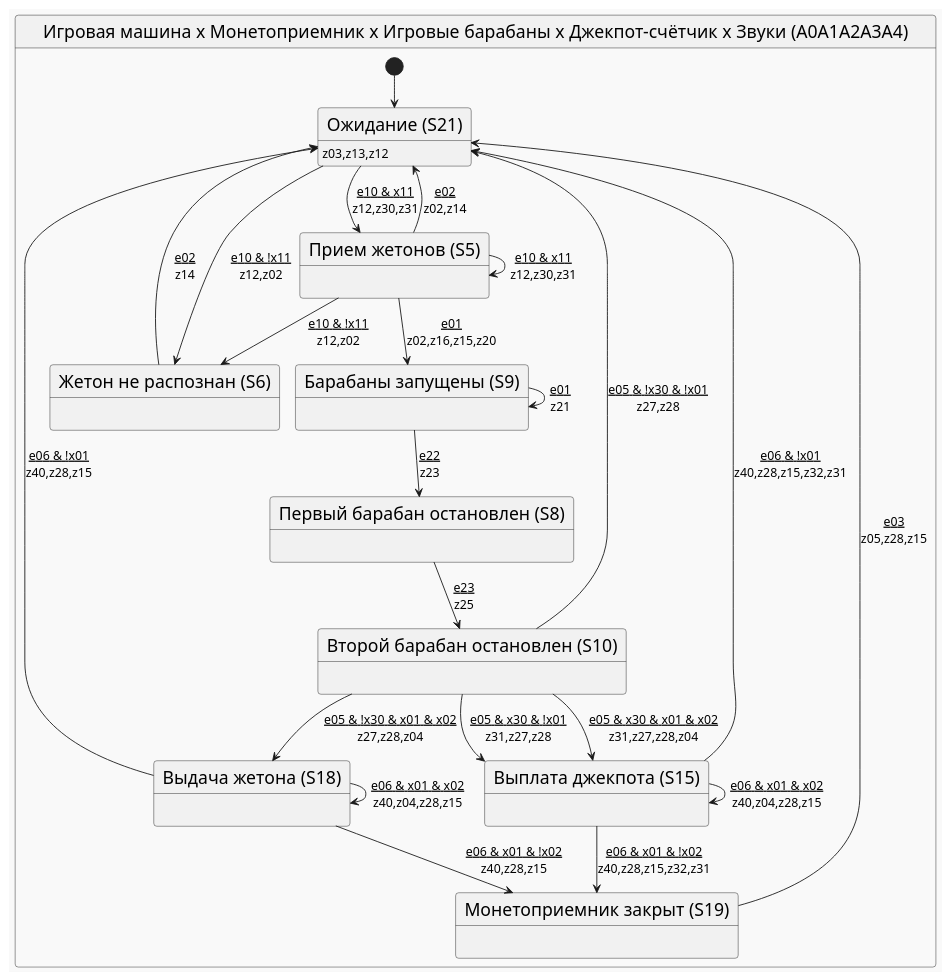
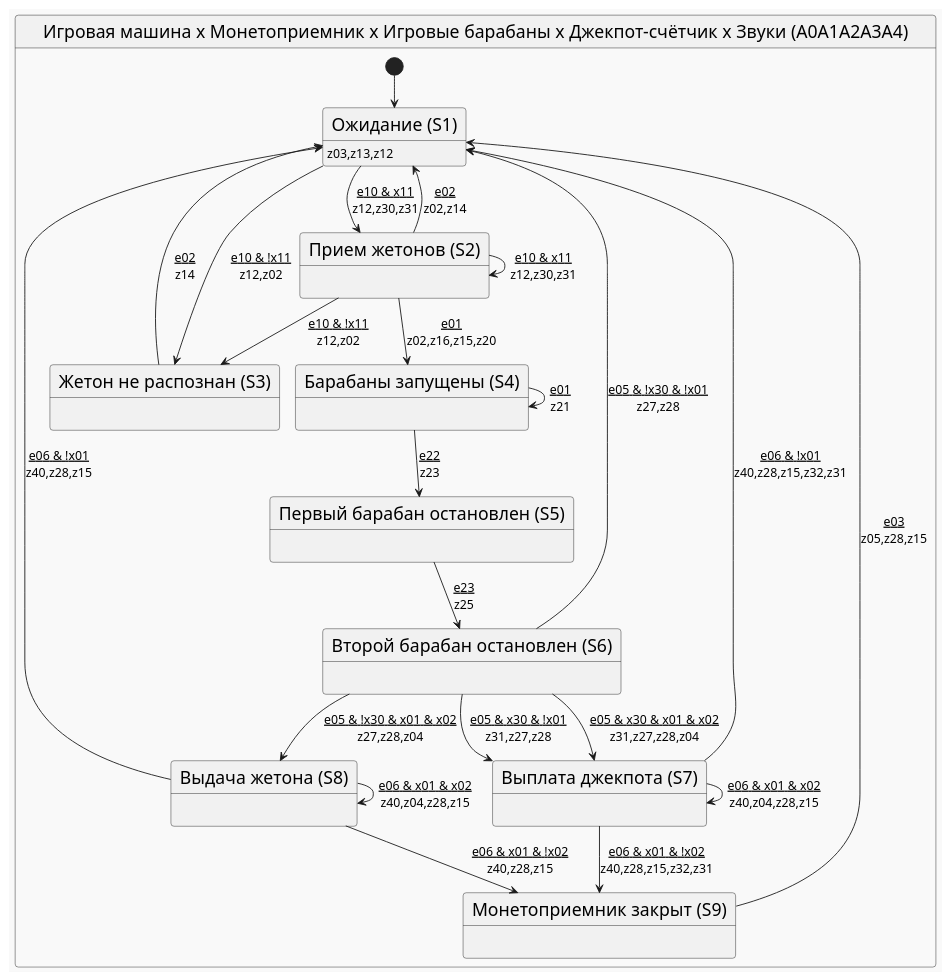
Before and after one commit to PhoenixNazarov/fsm-multiply: the diagram in articles/multiply_many_nested/puml/final.puml, drawn with PlantUML. The commit also changed 10 other files, not shown here.

```diff
--- a/articles/multiply_many_nested/puml/final.puml
+++ b/articles/multiply_many_nested/puml/final.puml
@@ -1,38 +1,38 @@
 @startuml
 !theme mars
 skinparam stateFontSize 20
 skinparam arrowFontSize 14
 state "Игровая машина x Монетоприемник x Игровые барабаны x Джекпот-счётчик x Звуки (A0A1A2A3A4)" as A0A1A2A3A4 {
     [*] --> A0A1A2A3A421
-    state "Ожидание (S21)" as A0A1A2A3A421 : <size:14>z03,z13,z12
-    state "Прием жетонов (S5)" as A0A1A2A3A45 : 
-    state "Жетон не распознан (S6)" as A0A1A2A3A46 : 
-    state "Барабаны запущены (S9)" as A0A1A2A3A49 : 
-    state "Первый барабан остановлен (S8)" as A0A1A2A3A48 : 
-    state "Второй барабан остановлен (S10)" as A0A1A2A3A410 : 
-    state "Выплата джекпота (S15)" as A0A1A2A3A415 : 
-    state "Выдача жетона (S18)" as A0A1A2A3A418 : 
-    state "Монетоприемник закрыт (S19)" as A0A1A2A3A419 : 
+    state "Ожидание (S1)" as A0A1A2A3A421 : <size:14>z03,z13,z12
+    state "Прием жетонов (S2)" as A0A1A2A3A45 : 
+    state "Жетон не распознан (S3)" as A0A1A2A3A46 : 
+    state "Барабаны запущены (S4)" as A0A1A2A3A49 : 
+    state "Первый барабан остановлен (S5)" as A0A1A2A3A48 : 
+    state "Второй барабан остановлен (S6)" as A0A1A2A3A410 : 
+    state "Выплата джекпота (S7)" as A0A1A2A3A415 : 
+    state "Выдача жетона (S8)" as A0A1A2A3A418 : 
+    state "Монетоприемник закрыт (S9)" as A0A1A2A3A419 : 
     A0A1A2A3A421 --> A0A1A2A3A45 : <u>e10 & x11\nz12,z30,z31
     A0A1A2A3A421 --> A0A1A2A3A46 : <u>e10 & !x11\nz12,z02
     A0A1A2A3A45 --> A0A1A2A3A421 : <u>e02\nz02,z14
     A0A1A2A3A45 --> A0A1A2A3A49 : <u>e01\nz02,z16,z15,z20
     A0A1A2A3A45 --> A0A1A2A3A45 : <u>e10 & x11\nz12,z30,z31
     A0A1A2A3A45 --> A0A1A2A3A46 : <u>e10 & !x11\nz12,z02
     A0A1A2A3A46 --> A0A1A2A3A421 : <u>e02\nz14
     A0A1A2A3A49 --> A0A1A2A3A48 : <u>e22\nz23
     A0A1A2A3A49 --> A0A1A2A3A49 : <u>e01\nz21
     A0A1A2A3A48 --> A0A1A2A3A410 : <u>e23\nz25
     A0A1A2A3A410 --> A0A1A2A3A415 : <u>e05 & x30 & x01 & x02\nz31,z27,z28,z04
     A0A1A2A3A410 --> A0A1A2A3A415 : <u>e05 & x30 & !x01\nz31,z27,z28
     A0A1A2A3A410 --> A0A1A2A3A418 : <u>e05 & !x30 & x01 & x02\nz27,z28,z04
     A0A1A2A3A410 --> A0A1A2A3A421 : <u>e05 & !x30 & !x01\nz27,z28
     A0A1A2A3A415 --> A0A1A2A3A415 : <u>e06 & x01 & x02\nz40,z04,z28,z15
     A0A1A2A3A415 --> A0A1A2A3A419 : <u>e06 & x01 & !x02\nz40,z28,z15,z32,z31
     A0A1A2A3A415 --> A0A1A2A3A421 : <u>e06 & !x01\nz40,z28,z15,z32,z31
     A0A1A2A3A418 --> A0A1A2A3A418 : <u>e06 & x01 & x02\nz40,z04,z28,z15
     A0A1A2A3A418 --> A0A1A2A3A419 : <u>e06 & x01 & !x02\nz40,z28,z15
     A0A1A2A3A418 --> A0A1A2A3A421 : <u>e06 & !x01\nz40,z28,z15
     A0A1A2A3A419 --> A0A1A2A3A421 : <u>e03\nz05,z28,z15
 }
 @enduml
```
